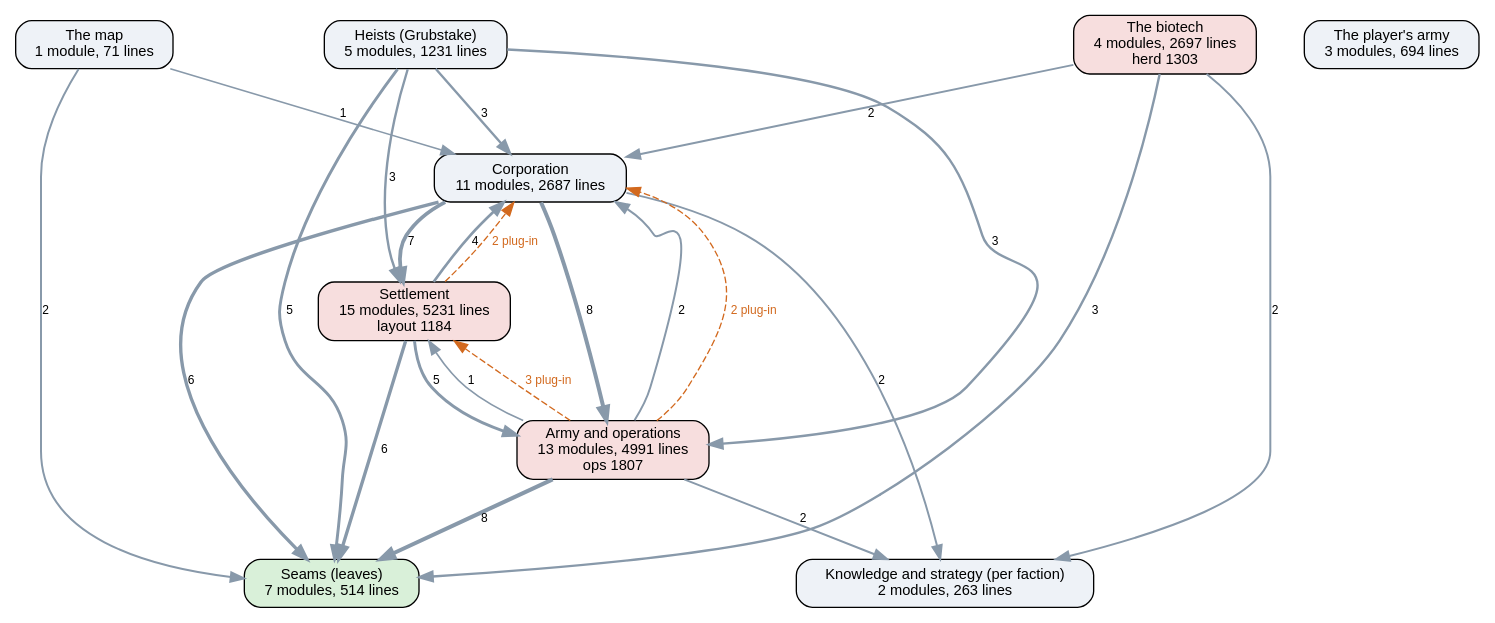
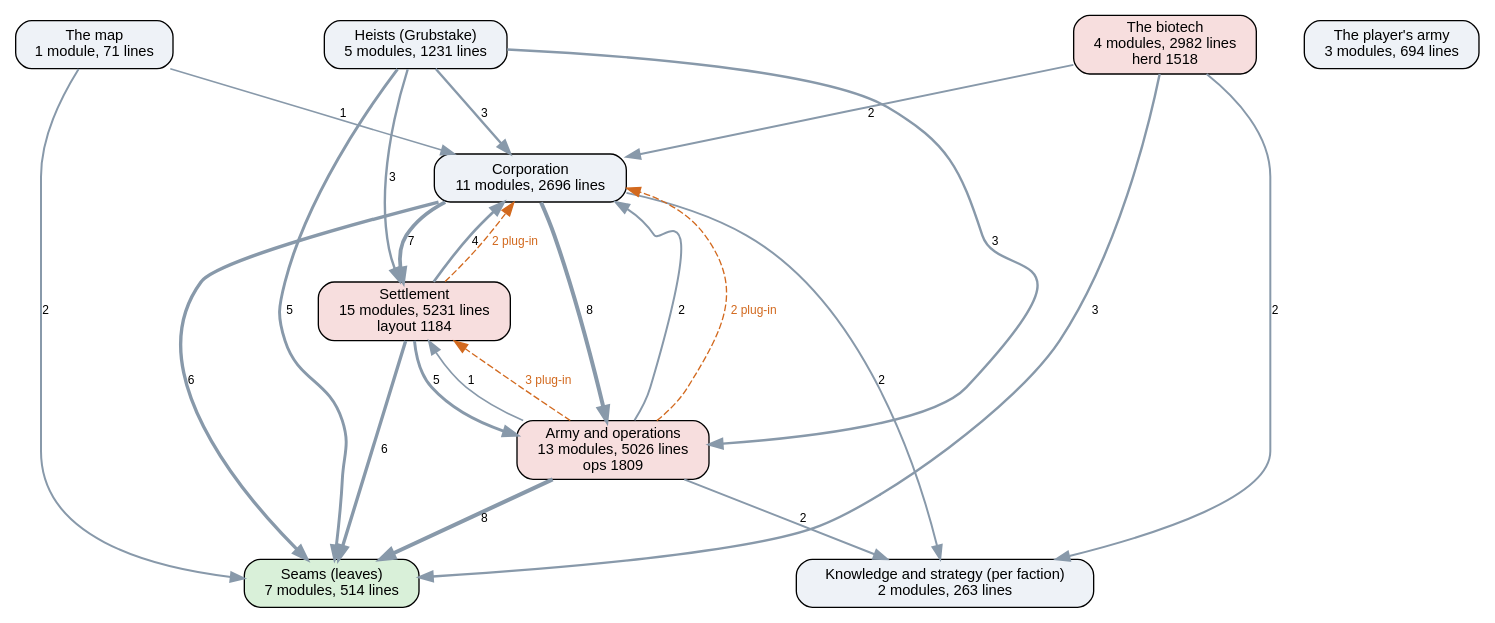
One commit to kinelhu/landing-party changed the diagram in docs/ai-layers.dot. Above: the diagram before and after it, drawn with Graphviz. The commit also changed 23 other files, not shown here.

```diff
--- a/docs/ai-layers.dot
+++ b/docs/ai-layers.dot
@@ -1,37 +1,37 @@
 digraph layers {
   graph [rankdir=TB, fontname="Helvetica", nodesep=0.5, ranksep=0.7];
   node [shape=box, style="rounded,filled", fontname="Helvetica", fontsize=11, fillcolor="#eef2f7"];
   edge [color="#8899aa", fontname="Helvetica", fontsize=9];
   "Seams (leaves)" [label="Seams (leaves)\n7 modules, 514 lines", fillcolor="#d9f0d9"];
   "Knowledge and strategy (per faction)" [label="Knowledge and strategy (per faction)\n2 modules, 263 lines", fillcolor="#eef2f7"];
-  "Corporation" [label="Corporation\n11 modules, 2687 lines", fillcolor="#eef2f7"];
+  "Corporation" [label="Corporation\n11 modules, 2696 lines", fillcolor="#eef2f7"];
   "Settlement" [label="Settlement\n15 modules, 5231 lines\nlayout 1184", fillcolor="#f7dede"];
-  "Army and operations" [label="Army and operations\n13 modules, 4991 lines\nops 1807", fillcolor="#f7dede"];
+  "Army and operations" [label="Army and operations\n13 modules, 5026 lines\nops 1809", fillcolor="#f7dede"];
   "Heists (Grubstake)" [label="Heists (Grubstake)\n5 modules, 1231 lines", fillcolor="#eef2f7"];
-  "The biotech" [label="The biotech\n4 modules, 2697 lines\nherd 1303", fillcolor="#f7dede"];
+  "The biotech" [label="The biotech\n4 modules, 2982 lines\nherd 1518", fillcolor="#f7dede"];
   "The map" [label="The map\n1 module, 71 lines", fillcolor="#eef2f7"];
   "The player's army" [label="The player's army\n3 modules, 694 lines", fillcolor="#eef2f7"];
   "Army and operations" -> "Corporation" [label="2", penwidth=1.5];
   "Army and operations" -> "Knowledge and strategy (per faction)" [label="2", penwidth=1.5];
   "Army and operations" -> "Seams (leaves)" [label="8", penwidth=3.0];
   "Army and operations" -> "Settlement" [label="1", penwidth=1.2];
   "Corporation" -> "Army and operations" [label="8", penwidth=3.0];
   "Corporation" -> "Knowledge and strategy (per faction)" [label="2", penwidth=1.5];
   "Corporation" -> "Seams (leaves)" [label="6", penwidth=2.5];
   "Corporation" -> "Settlement" [label="7", penwidth=2.8];
   "Heists (Grubstake)" -> "Army and operations" [label="3", penwidth=1.8];
   "Heists (Grubstake)" -> "Corporation" [label="3", penwidth=1.8];
   "Heists (Grubstake)" -> "Seams (leaves)" [label="5", penwidth=2.2];
   "Heists (Grubstake)" -> "Settlement" [label="3", penwidth=1.8];
   "Settlement" -> "Army and operations" [label="5", penwidth=2.2];
   "Settlement" -> "Corporation" [label="4", penwidth=2.0];
   "Settlement" -> "Seams (leaves)" [label="6", penwidth=2.5];
   "The biotech" -> "Corporation" [label="2", penwidth=1.5];
   "The biotech" -> "Knowledge and strategy (per faction)" [label="2", penwidth=1.5];
   "The biotech" -> "Seams (leaves)" [label="3", penwidth=1.8];
   "The map" -> "Corporation" [label="1", penwidth=1.2];
   "The map" -> "Seams (leaves)" [label="2", penwidth=1.5];
   "Army and operations" -> "Corporation" [style=dashed, color="#d2691e", fontcolor="#d2691e", label="2 plug-in"];
   "Army and operations" -> "Settlement" [style=dashed, color="#d2691e", fontcolor="#d2691e", label="3 plug-in"];
   "Settlement" -> "Corporation" [style=dashed, color="#d2691e", fontcolor="#d2691e", label="2 plug-in"];
 }
```
